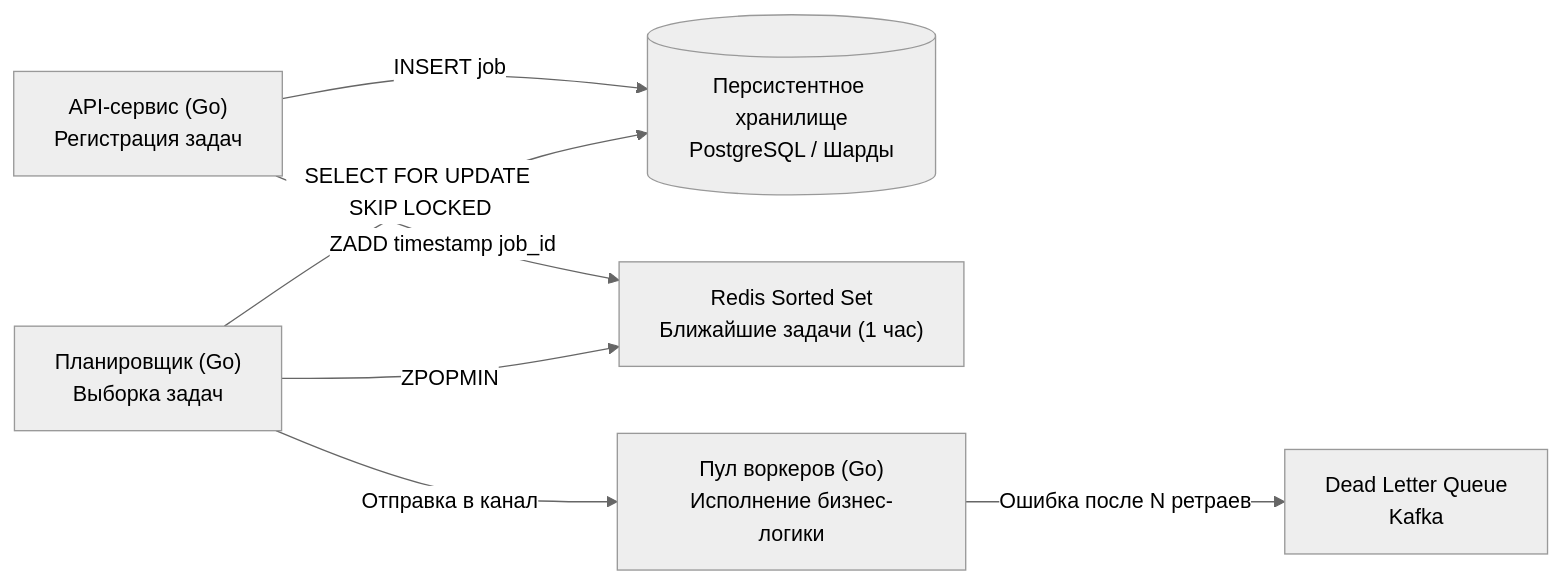
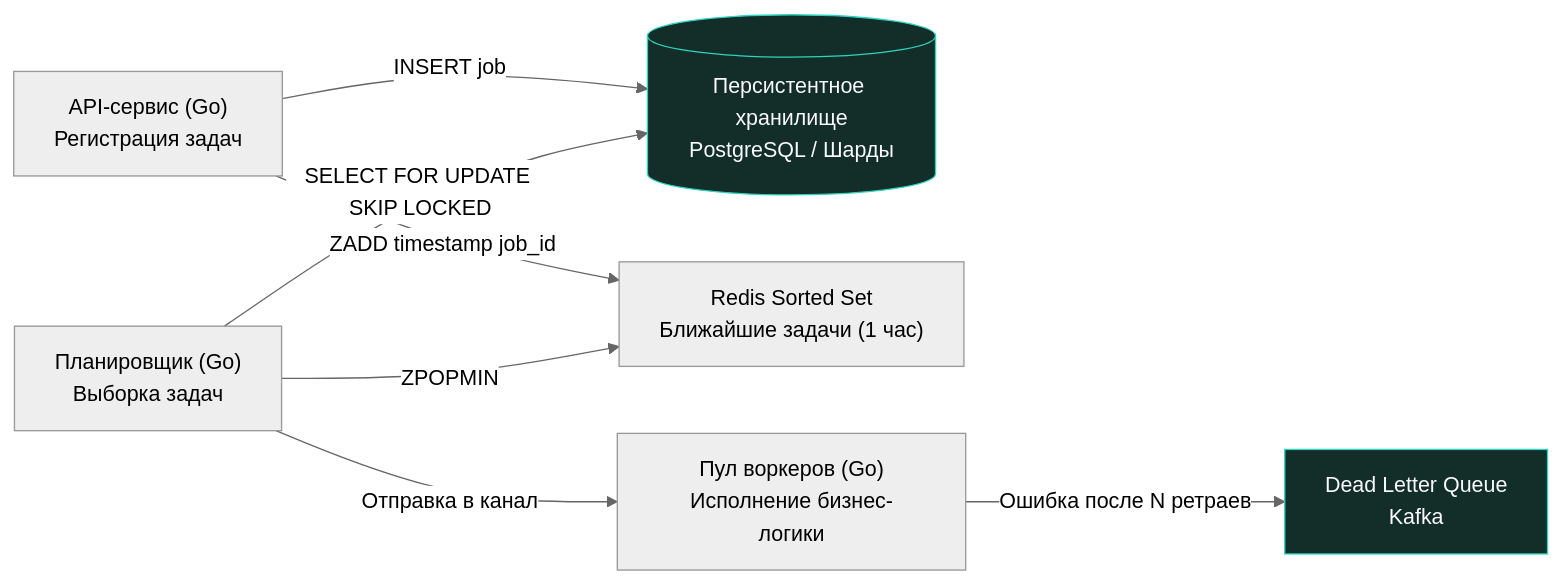
One commit to UnrealTemplier/go-textbook changed the fourth of 10 diagrams in sources/11. Архитектура и System Design/52. Разбор типичных System Design задач.md. Above: the diagram before and after it, drawn with Mermaid (neutral theme). The commit also changed other lines of this file and 1666 other files, not shown here.

First line of the commit message:
feat(mermaid): add semantic color classDef to 1369 colorless flowchart/graph diagrams

````diff
--- a/sources/11. Архитектура и System Design/52. Разбор типичных System Design задач.md
+++ b/sources/11. Архитектура и System Design/52. Разбор типичных System Design задач.md
@@ -217,16 +247,26 @@
 ```mermaid
 flowchart LR
+    classDef process  fill:#1e293b,stroke:#38bdf8,stroke-width:1px,color:#f8fafc
+    classDef success  fill:#064e3b,stroke:#34d399,stroke-width:1px,color:#f8fafc
+    classDef error    fill:#7f1d1d,stroke:#f87171,stroke-width:1px,color:#f8fafc
+    classDef warning  fill:#78350f,stroke:#fbbf24,stroke-width:1px,color:#f8fafc
+    classDef entry    fill:#1e3a5f,stroke:#38bdf8,stroke-width:2px,color:#f8fafc
+    classDef aux      fill:#334155,stroke:#64748b,stroke-width:1px,color:#f8fafc
+    classDef system   fill:#312e81,stroke:#a78bfa,stroke-width:1px,color:#f8fafc
+    classDef data     fill:#132d29,stroke:#2dd4bf,stroke-width:1px,color:#f8fafc
+    classDef network  fill:#881337,stroke:#fb7185,stroke-width:1px,color:#f8fafc
+    classDef accent   fill:#1e1b4b,stroke:#818cf8,stroke-width:1px,color:#f8fafc
     API["API-сервис (Go)<br>Регистрация задач"]
-    Store[("Персистентное хранилище<br>PostgreSQL / Шарды")]
+    Store[("Персистентное хранилище<br>PostgreSQL / Шарды")]:::data
     FastQueue["Redis Sorted Set<br>Ближайшие задачи (1 час)"]
     Scheduler["Планировщик (Go)<br>Выборка задач"]
     Worker["Пул воркеров (Go)<br>Исполнение бизнес-логики"]
-    DLQ["Dead Letter Queue<br>Kafka"]
+    DLQ["Dead Letter Queue<br>Kafka"]:::data
 
     API -->|"INSERT job"| Store
     API -->|"ZADD timestamp job_id"| FastQueue
     Scheduler -->|"ZPOPMIN"| FastQueue
     Scheduler -->|"SELECT FOR UPDATE SKIP LOCKED"| Store
     Scheduler -->|"Отправка в канал"| Worker
     Worker -->|"Ошибка после N ретраев"| DLQ
 ```
````
